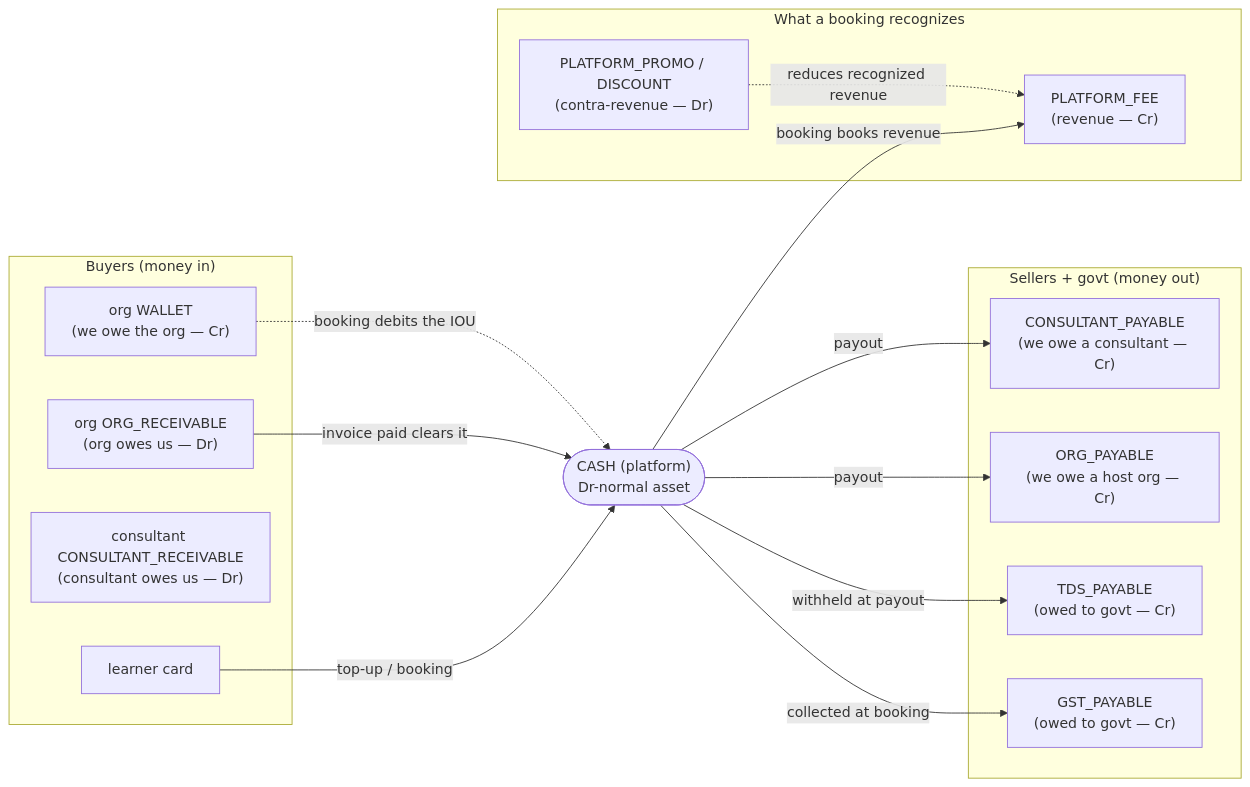
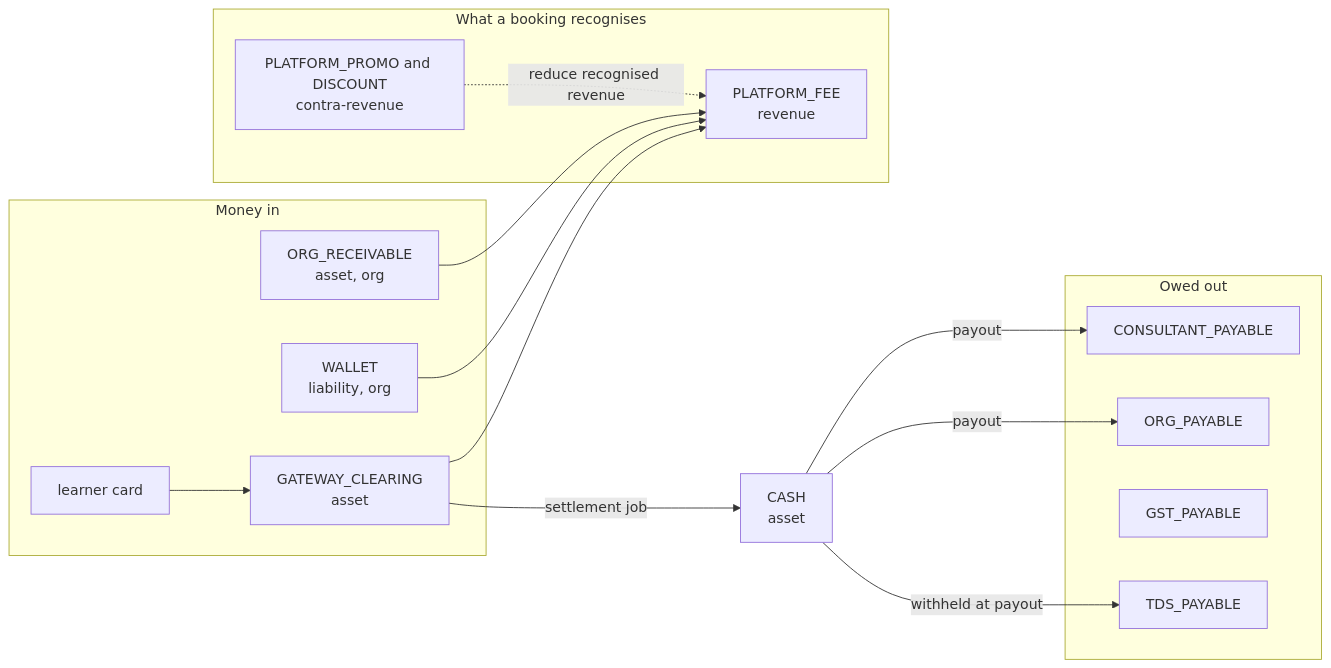
One commit to Practitionist/familiarise_web changed the diagram in docs/finance/20-ledger/02-chart-of-accounts.md. Above: the diagram before and after it, drawn with Mermaid. The commit also changed other lines of this file and 17 other files, not shown here.

````diff
--- a/docs/finance/20-ledger/02-chart-of-accounts.md
+++ b/docs/finance/20-ledger/02-chart-of-accounts.md
@@ -74,30 +61,26 @@
 ```mermaid
 flowchart LR
-  subgraph BUY["Buyers (money in)"]
-    ORGW["org WALLET<br/>(we owe the org — Cr)"]
-    ORGR["org ORG_RECEIVABLE<br/>(org owes us — Dr)"]
-    CONSR["consultant CONSULTANT_RECEIVABLE<br/>(consultant owes us — Dr)"]
-    CARDIN["learner card"]
+  subgraph IN["Money in"]
+    CARD["learner card"] --> GC["GATEWAY_CLEARING<br/>asset"]
+    ORGW["WALLET<br/>liability, org"]
+    ORGR["ORG_RECEIVABLE<br/>asset, org"]
   end
-  CASH(["CASH (platform)<br/>Dr-normal asset"])
-  subgraph EARN["What a booking recognizes"]
-    FEE["PLATFORM_FEE<br/>(revenue — Cr)"]
-    PROMO["PLATFORM_PROMO / DISCOUNT<br/>(contra-revenue — Dr)"]
+  GC -->|"settlement job"| CASH["CASH<br/>asset"]
+  subgraph REC["What a booking recognises"]
+    FEE["PLATFORM_FEE<br/>revenue"]
+    CONTRA["PLATFORM_PROMO and DISCOUNT<br/>contra-revenue"]
   end
-  subgraph SELL["Sellers + govt (money out)"]
-    CP["CONSULTANT_PAYABLE<br/>(we owe a consultant — Cr)"]
-    OP["ORG_PAYABLE<br/>(we owe a host org — Cr)"]
-    TDS["TDS_PAYABLE<br/>(owed to govt — Cr)"]
-    GST["GST_PAYABLE<br/>(owed to govt — Cr)"]
+  subgraph OUT["Owed out"]
+    CP["CONSULTANT_PAYABLE"]
+    OP["ORG_PAYABLE"]
+    GST["GST_PAYABLE"]
+    TDS["TDS_PAYABLE"]
   end
-
-  CARDIN -->|"top-up / booking"| CASH
-  ORGW -.->|"booking debits the IOU"| CASH
-  ORGR -->|"invoice paid clears it"| CASH
-  CASH -->|"booking books revenue"| FEE
-  PROMO -.->|"reduces recognized revenue"| FEE
+  GC --> FEE
+  ORGW --> FEE
+  ORGR --> FEE
+  CONTRA -.->|"reduce recognised revenue"| FEE
   CASH -->|"payout"| CP
   CASH -->|"payout"| OP
   CASH -->|"withheld at payout"| TDS
-  CASH -->|"collected at booking"| GST
 ```
````
